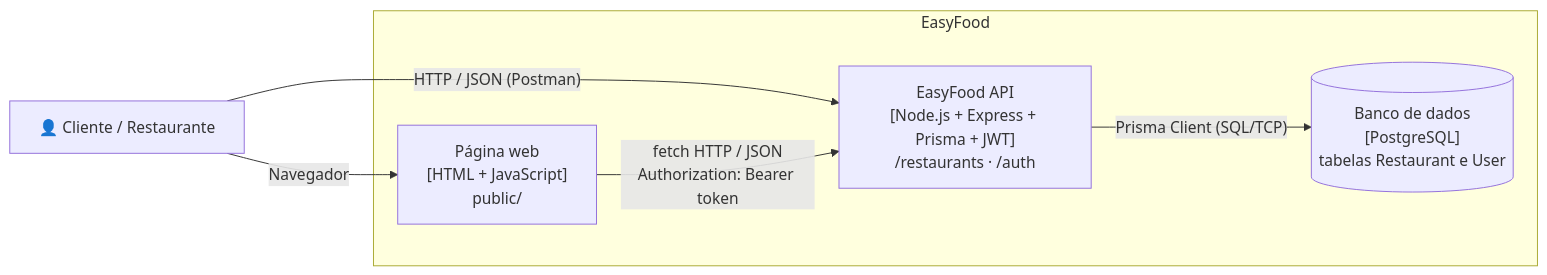
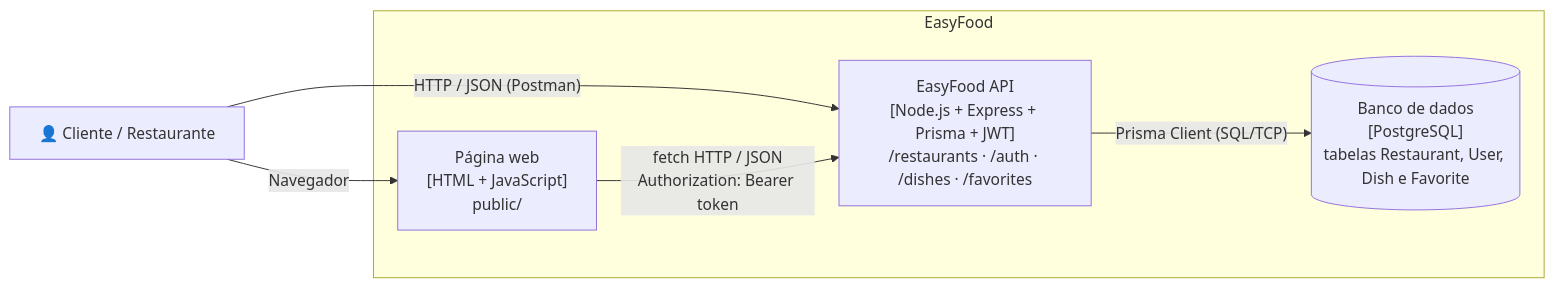
Before and after one commit to RafaellosAO10/projeto_easyfood_arquitetura_de_software: the second of 3 diagrams in docs/arquitetura/c4-model.md, drawn with Mermaid. The commit also changed other lines of this file and 10 other files, not shown here.

First line of the commit message:
Adiciona favoritos por usuário na API (/favorites)

````diff
--- a/docs/arquitetura/c4-model.md
+++ b/docs/arquitetura/c4-model.md
@@ -23,15 +23,15 @@
 ```mermaid
 flowchart LR
     usuario["👤 Cliente / Restaurante"]
 
     subgraph easyfood["EasyFood"]
         web["Página web<br/>[HTML + JavaScript]<br/>public/"]
-        api["EasyFood API<br/>[Node.js + Express + Prisma + JWT]<br/>/restaurants · /auth"]
-        db[("Banco de dados<br/>[PostgreSQL]<br/>tabelas Restaurant e User")]
+        api["EasyFood API<br/>[Node.js + Express + Prisma + JWT]<br/>/restaurants · /auth · /dishes · /favorites"]
+        db[("Banco de dados<br/>[PostgreSQL]<br/>tabelas Restaurant, User, Dish e Favorite")]
     end
 
     usuario -- "Navegador" --> web
     usuario -- "HTTP / JSON (Postman)" --> api
     web -- "fetch HTTP / JSON<br/>Authorization: Bearer token" --> api
     api -- "Prisma Client (SQL/TCP)" --> db
 ```
````
